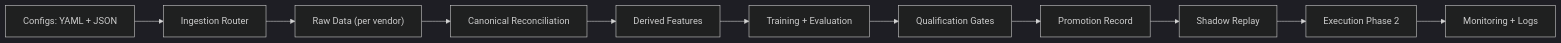
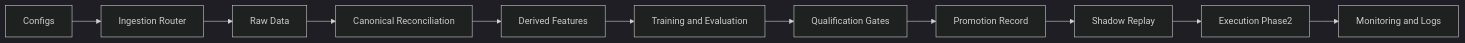
The first of 3 diagrams in README.md (skyliquid22/Quanto), drawn with Mermaid (dark theme) before and after one commit. The commit also changed other lines of this file, not shown here.

Commit message:
fix: simplify mermaid diagrams for GitHub

````diff
--- a/README.md
+++ b/README.md
@@ -37,13 +37,13 @@
 ```mermaid
-flowchart LR
-    A["Configs: YAML + JSON"] --> B["Ingestion Router"]
-    B --> C["Raw Data (per vendor)"]
-    C --> D["Canonical Reconciliation"]
-    D --> E["Derived Features"]
-    E --> F["Training + Evaluation"]
-    F --> G["Qualification Gates"]
-    G --> H["Promotion Record"]
-    H --> I["Shadow Replay"]
-    I --> J["Execution Phase 2"]
-    J --> K["Monitoring + Logs"]
+graph LR
+    A[Configs] --> B[Ingestion Router]
+    B --> C[Raw Data]
+    C --> D[Canonical Reconciliation]
+    D --> E[Derived Features]
+    E --> F[Training and Evaluation]
+    F --> G[Qualification Gates]
+    G --> H[Promotion Record]
+    H --> I[Shadow Replay]
+    I --> J[Execution Phase2]
+    J --> K[Monitoring and Logs]
 ```
````
